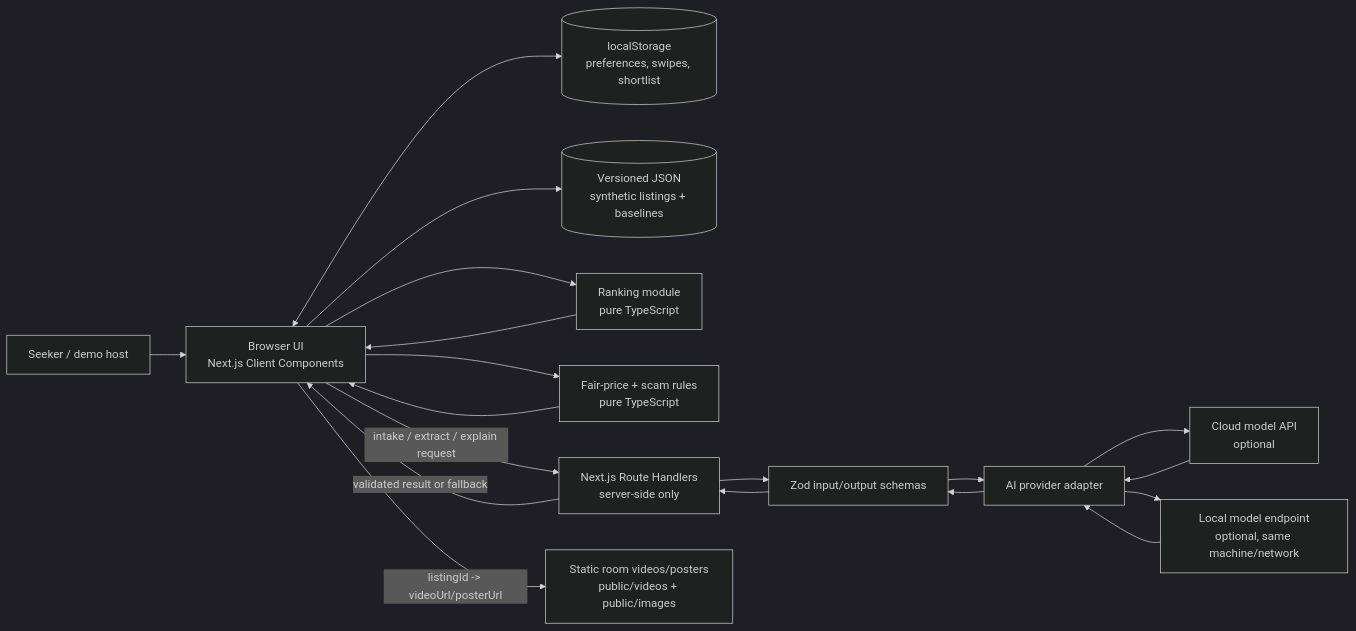
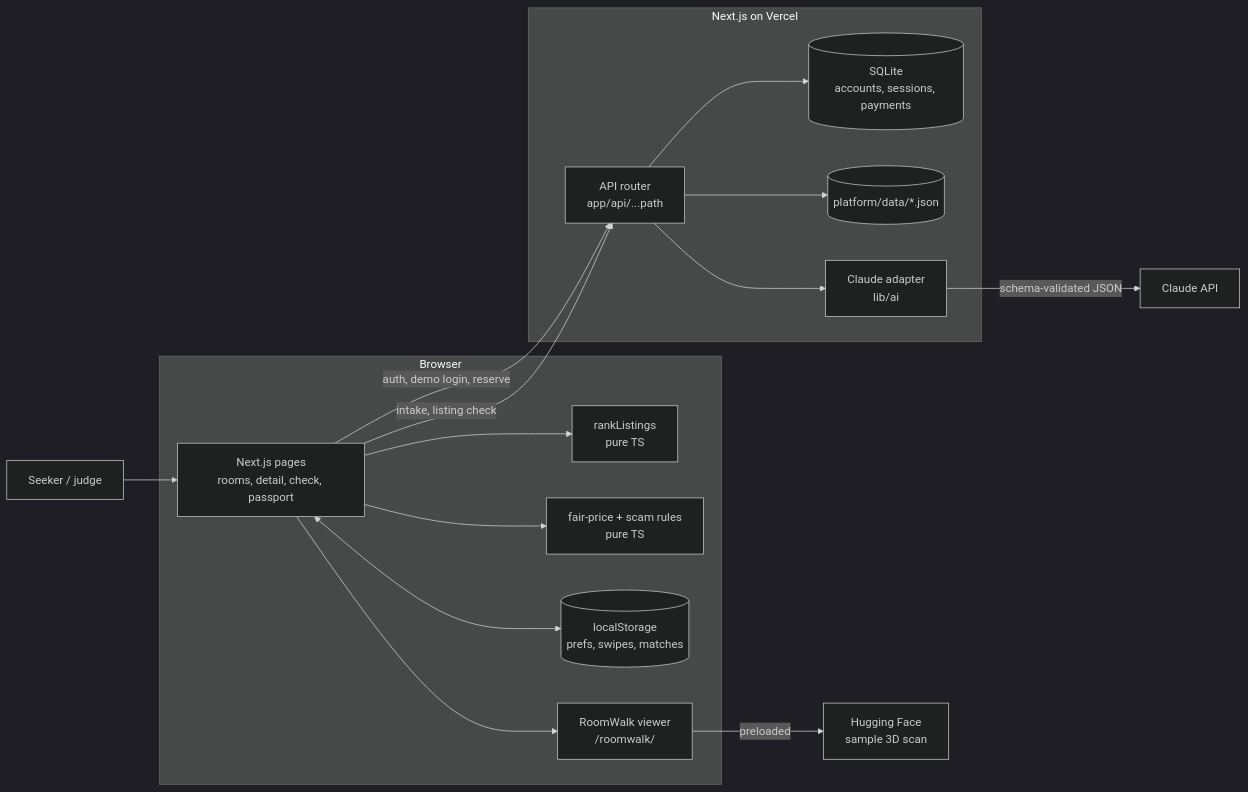
One commit to DivyaPrakash04/emergent-hacks changed the diagram in ARCHITECTURE.md. Above: the diagram before and after it, drawn with Mermaid (dark theme). The commit also changed other lines of this file and 4 other files, not shown here.

````diff
--- a/ARCHITECTURE.md
+++ b/ARCHITECTURE.md
@@ -28,34 +27,32 @@
 ```mermaid
 flowchart LR
-  User[Seeker / demo host]
-  Browser[Browser UI<br/>Next.js Client Components]
-  DemoState[(localStorage<br/>preferences, swipes, shortlist)]
-  Seed[(Versioned JSON<br/>synthetic listings + baselines)]
-  Rank[Ranking module<br/>pure TypeScript]
-  Trust[Fair-price + scam rules<br/>pure TypeScript]
-  Routes[Next.js Route Handlers<br/>server-side only]
-  Schema[Zod input/output schemas]
-  Provider[AI provider adapter]
-  Cloud[Cloud model API<br/>optional]
-  Local[Local model endpoint<br/>optional, same machine/network]
-  Video[Static room videos/posters<br/>public/videos + public/images]
+  User[Seeker / judge]
+  subgraph Browser
+    UI[Next.js pages<br/>rooms, detail, check, passport]
+    Rank[rankListings<br/>pure TS]
+    Trust[fair-price + scam rules<br/>pure TS]
+    LS[(localStorage<br/>prefs, swipes, matches)]
+    Viewer[RoomWalk viewer<br/>/roomwalk/]
+  end
+  subgraph Server[Next.js on Vercel]
+    API[API router<br/>app/api/...path]
+    DB[(SQLite<br/>accounts, sessions, payments)]
+    Seed[(platform/data/*.json)]
+    AI[Claude adapter<br/>lib/ai]
+  end
+  Claude[Claude API]
+  HF[Hugging Face<br/>sample 3D scan]
 
-  User --> Browser
-  Browser <--> DemoState
-  Browser --> Seed
-  Browser --> Rank
-  Rank --> Browser
-  Browser --> Trust
-  Trust --> Browser
-  Browser -->|intake / extract / explain request| Routes
-  Routes --> Schema
-  Schema --> Provider
-  Provider --> Cloud
-  Provider --> Local
-  Cloud --> Provider
-  Local --> Provider
-  Provider --> Schema
-  Schema --> Routes
-  Routes -->|validated result or fallback| Browser
-  Browser -->|listingId -> videoUrl/posterUrl| Video
+  User --> UI
+  UI <--> LS
+  UI --> Rank
+  UI --> Trust
+  UI -->|auth, demo login, reserve| API
+  UI -->|intake, listing check| API
+  API --> DB
+  API --> Seed
+  API --> AI
+  AI -->|schema-validated JSON| Claude
+  UI --> Viewer
+  Viewer -->|preloaded| HF
 ```
````
